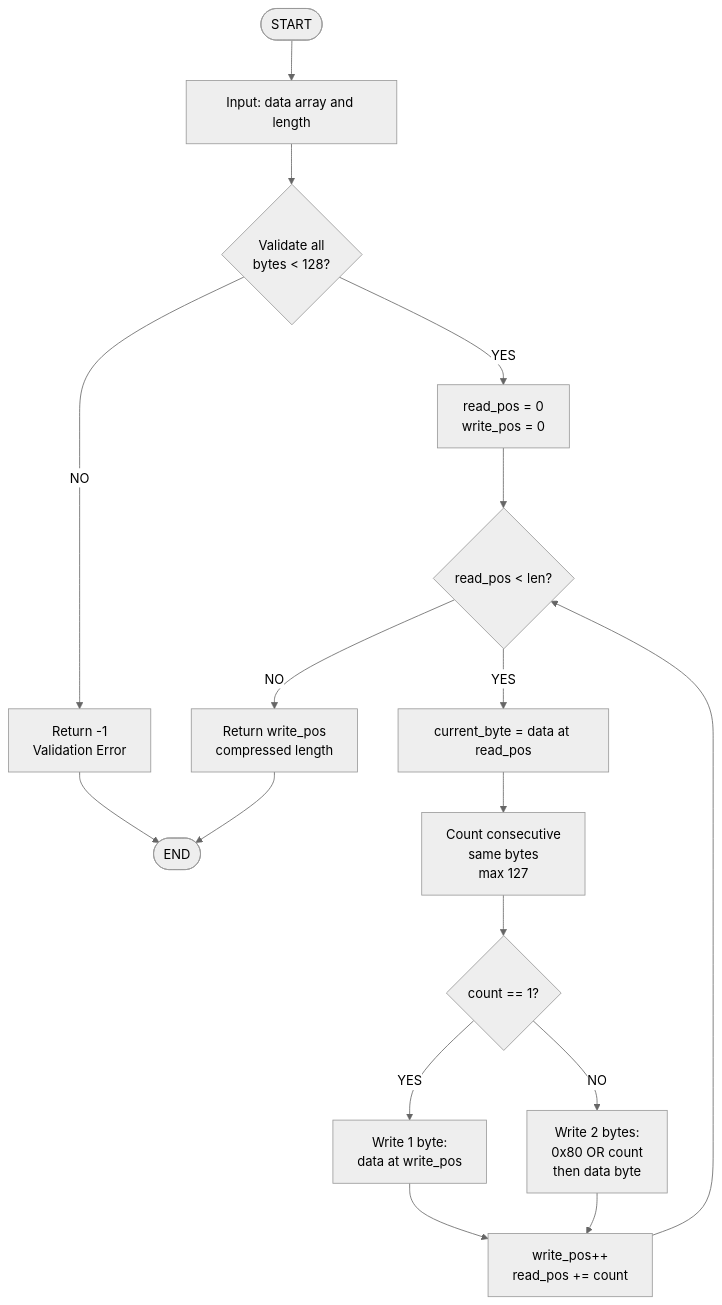
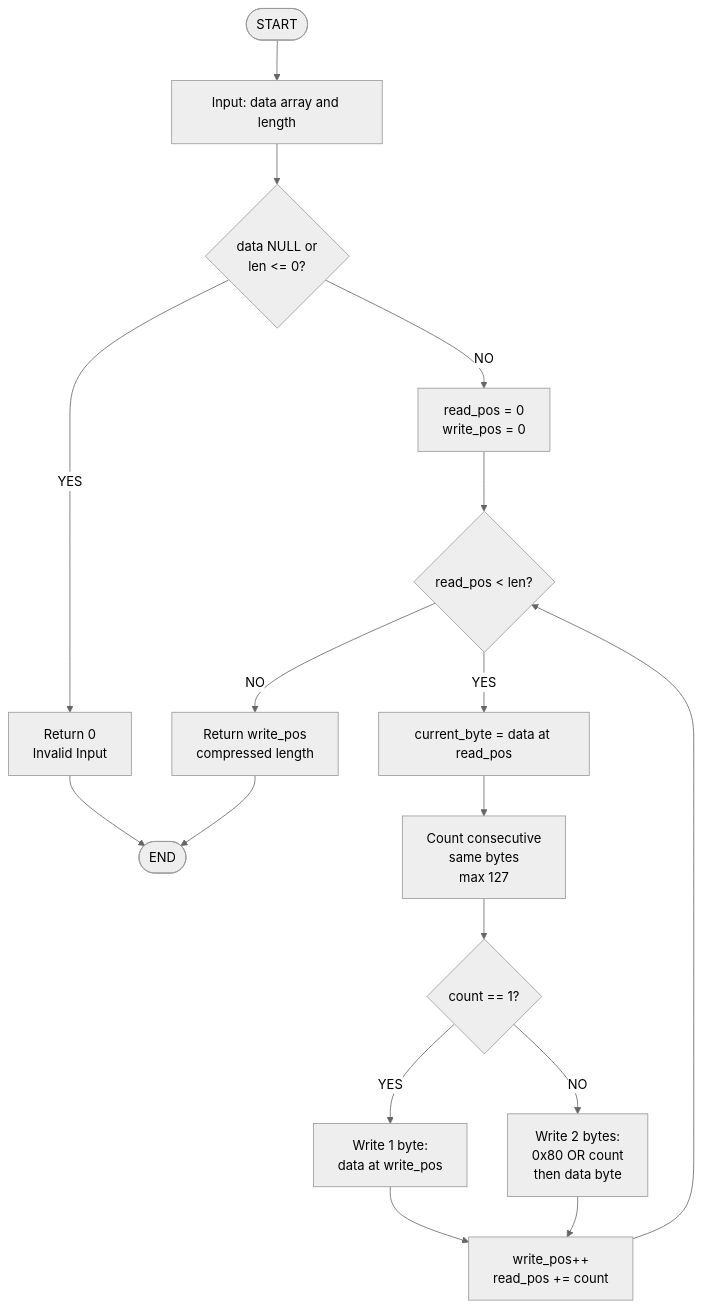
Before and after one commit to ngvanhak49/simple_compress: the first of 6 diagrams in FLOWCHART_MERMAID.md, drawn with Mermaid (neutral theme). The commit also changed other lines of this file and 2 other files, not shown here.

````diff
--- a/FLOWCHART_MERMAID.md
+++ b/FLOWCHART_MERMAID.md
@@ -5,19 +5,19 @@
 ```mermaid
 flowchart TD
     Start([START]) --> Input[Input: data array and length]
-    Input --> Validate{Validate all<br/>bytes < 128?}
-    Validate -->|NO| Error[Return -1<br/>Validation Error]
-    Validate -->|YES| Init[read_pos = 0<br/>write_pos = 0]
+    Input --> CheckNull{data NULL or<br/>len <= 0?}
+    CheckNull -->|YES| ErrorNull[Return 0<br/>Invalid Input]
+    CheckNull -->|NO| Init[read_pos = 0<br/>write_pos = 0]
     Init --> Loop{read_pos < len?}
     Loop -->|NO| Return[Return write_pos<br/>compressed length]
     Loop -->|YES| GetByte[current_byte = data at read_pos]
     GetByte --> Count[Count consecutive<br/>same bytes<br/>max 127]
     Count --> CheckCount{count == 1?}
     CheckCount -->|YES| WriteSingle[Write 1 byte:<br/>data at write_pos]
     CheckCount -->|NO| WriteRLE[Write 2 bytes:<br/>0x80 OR count<br/>then data byte]
     WriteSingle --> Update[write_pos++<br/>read_pos += count]
     WriteRLE --> Update
     Update --> Loop
     Return --> End([END])
-    Error --> End
+    ErrorNull --> End
 ```
````
